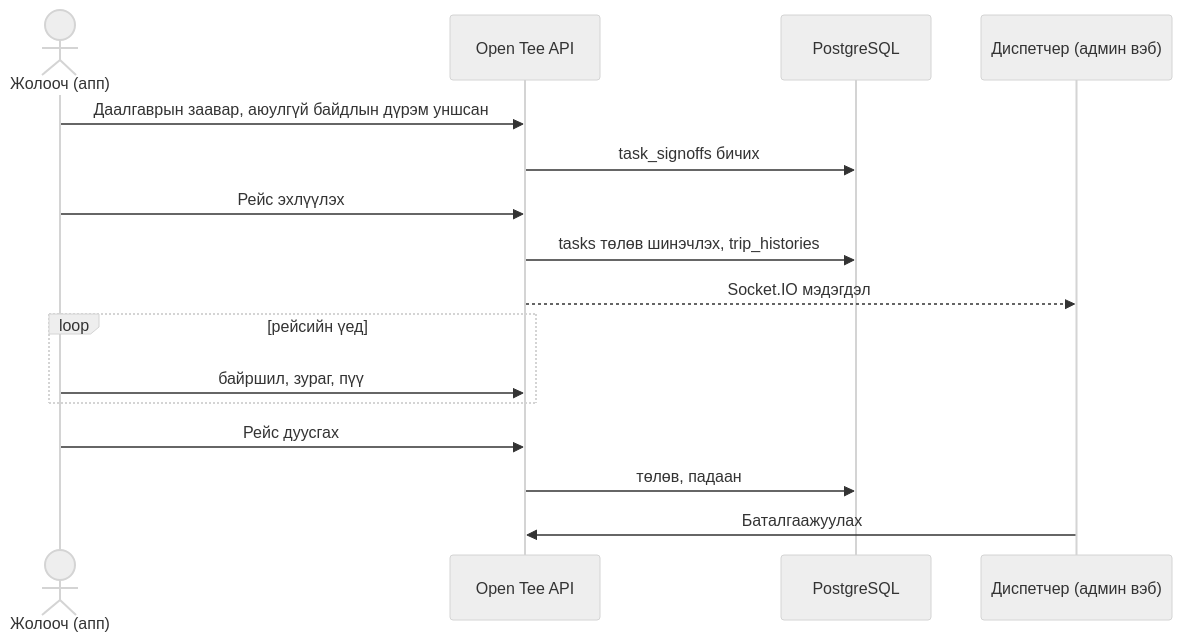
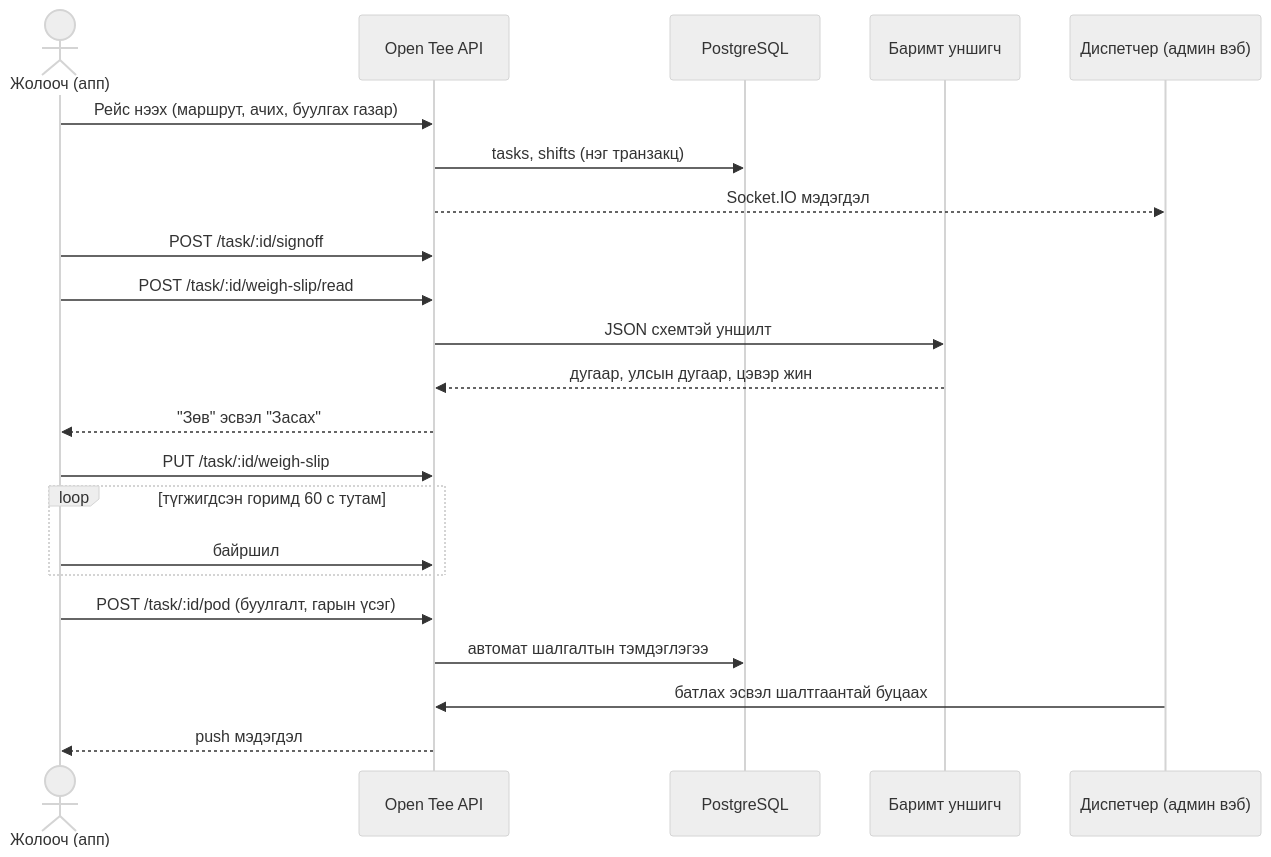
The diagram in thesis/diagrams/sequence_reis.mmd (Asmodify/Open-Teever-Diploma), drawn with Mermaid (neutral theme) before and after one commit. The commit also changed 52 other files, not shown here.

```diff
--- a/thesis/diagrams/sequence_reis.mmd
+++ b/thesis/diagrams/sequence_reis.mmd
@@ -1,17 +1,23 @@
-%% D7 Sequence: рейс start and sign-off (chapter 3)  TODO: exact endpoints from routes/task.js
+%% D7 Sequence: driver opens and sends a рейс (chapter 3). Endpoints from routes/task.js.
 sequenceDiagram
   actor D as Жолооч (апп)
   participant API as Open Tee API
   participant DB as PostgreSQL
+  participant LLM as Баримт уншигч
   participant A as Диспетчер (админ вэб)
-  D->>API: Даалгаврын заавар, аюулгүй байдлын дүрэм уншсан
-  API->>DB: task_signoffs бичих
-  D->>API: Рейс эхлүүлэх
-  API->>DB: tasks төлөв шинэчлэх, trip_histories
+  D->>API: Рейс нээх (маршрут, ачих, буулгах газар)
+  API->>DB: tasks, shifts (нэг транзакц)
   API-->>A: Socket.IO мэдэгдэл
-  loop рейсийн үед
-    D->>API: байршил, зураг, пүү
+  D->>API: POST /task/:id/signoff
+  D->>API: POST /task/:id/weigh-slip/read
+  API->>LLM: JSON схемтэй уншилт
+  LLM-->>API: дугаар, улсын дугаар, цэвэр жин
+  API-->>D: "Зөв" эсвэл "Засах"
+  D->>API: PUT /task/:id/weigh-slip
+  loop түгжигдсэн горимд 60 с тутам
+    D->>API: байршил
   end
-  D->>API: Рейс дуусгах
-  API->>DB: төлөв, падаан
-  A->>API: Баталгаажуулах
+  D->>API: POST /task/:id/pod (буулгалт, гарын үсэг)
+  API->>DB: автомат шалгалтын тэмдэглэгээ
+  A->>API: батлах эсвэл шалтгаантай буцаах
+  API-->>D: push мэдэгдэл
```
